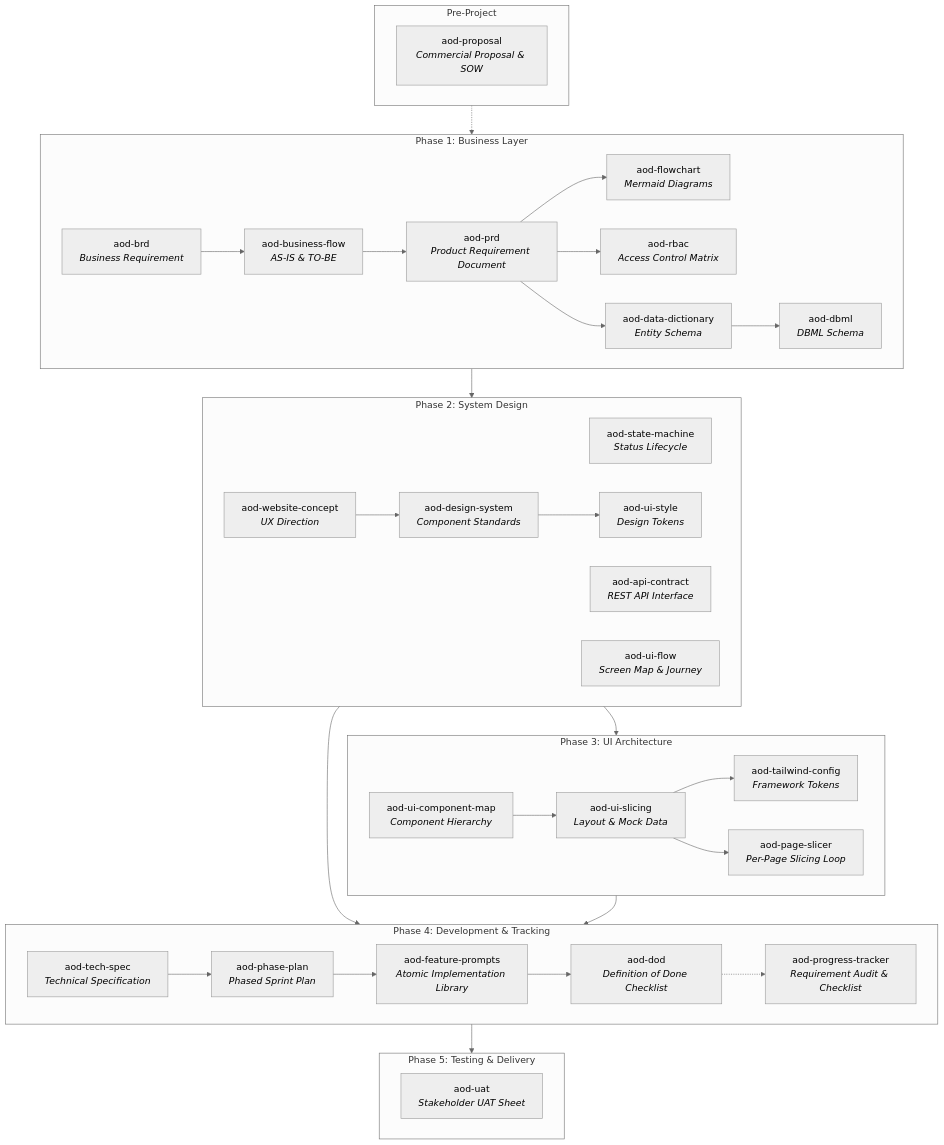
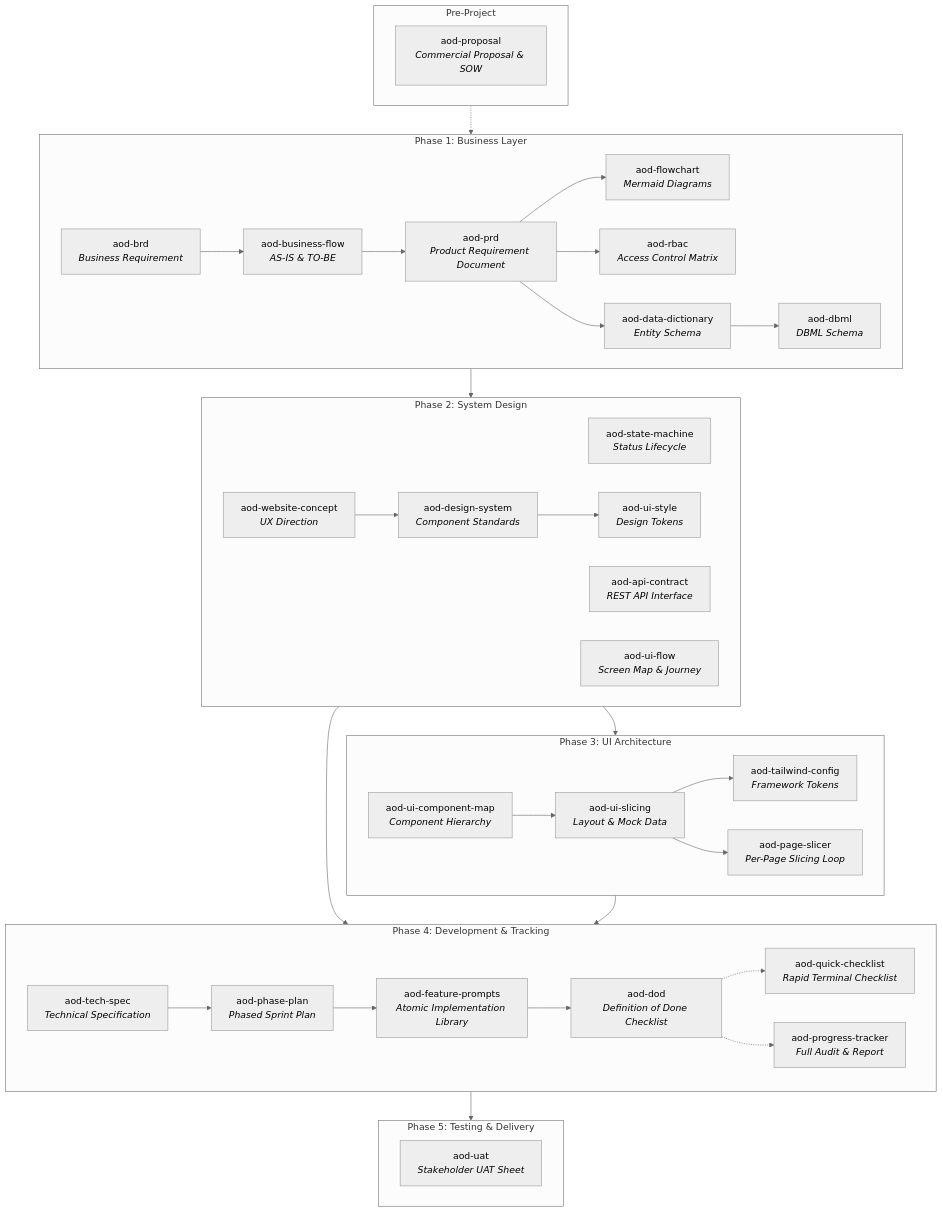
Before and after one commit to or-abdillh/AI-Orchestrated-Development-AOD: the diagram in README.md, drawn with Mermaid (neutral theme). The commit also changed other lines of this file, not shown here.

Commit message:
docs(readme): document aod-quick-checklist skill and terminal checklist usage

````diff
--- a/README.md
+++ b/README.md
@@ -86,47 +86,48 @@
 ```mermaid
 flowchart TD
     subgraph Pre["Pre-Project"]
         PR["aod-proposal<br><i>Commercial Proposal & SOW</i>"]
     end
 
     subgraph P1["Phase 1: Business Layer"]
         B1["aod-brd<br><i>Business Requirement</i>"] --> B2["aod-business-flow<br><i>AS-IS & TO-BE</i>"]
         B2 --> B3["aod-prd<br><i>Product Requirement Document</i>"]
         B3 --> B4["aod-flowchart<br><i>Mermaid Diagrams</i>"]
         B3 --> B5["aod-rbac<br><i>Access Control Matrix</i>"]
         B3 --> B6["aod-data-dictionary<br><i>Entity Schema</i>"]
         B6 --> B7["aod-dbml<br><i>DBML Schema</i>"]
     end
 
     subgraph P2["Phase 2: System Design"]
         S1["aod-state-machine<br><i>Status Lifecycle</i>"]
         S2["aod-api-contract<br><i>REST API Interface</i>"]
         S3["aod-ui-flow<br><i>Screen Map & Journey</i>"]
         S4["aod-website-concept<br><i>UX Direction</i>"] --> S5["aod-design-system<br><i>Component Standards</i>"]
         S5 --> S6["aod-ui-style<br><i>Design Tokens</i>"]
     end
 
     subgraph P3["Phase 3: UI Architecture"]
         U1["aod-ui-component-map<br><i>Component Hierarchy</i>"] --> U2["aod-ui-slicing<br><i>Layout & Mock Data</i>"]
         U2 --> U3["aod-tailwind-config<br><i>Framework Tokens</i>"]
         U2 --> U4["aod-page-slicer<br><i>Per-Page Slicing Loop</i>"]
     end
 
     subgraph P4["Phase 4: Development & Tracking"]
         D1["aod-tech-spec<br><i>Technical Specification</i>"] --> D2["aod-phase-plan<br><i>Phased Sprint Plan</i>"]
         D2 --> D3["aod-feature-prompts<br><i>Atomic Implementation Library</i>"]
         D3 --> D4["aod-dod<br><i>Definition of Done Checklist</i>"]
-        D4 -.-> D5["aod-progress-tracker<br><i>Requirement Audit & Checklist</i>"]
+        D4 -.-> D5["aod-quick-checklist<br><i>Rapid Terminal Checklist</i>"]
+        D4 -.-> D6["aod-progress-tracker<br><i>Full Audit & Report</i>"]
     end
 
     subgraph P5["Phase 5: Testing & Delivery"]
         T1["aod-uat<br><i>Stakeholder UAT Sheet</i>"]
     end
 
     Pre -.-> P1
     P1 --> P2
     P2 --> P3
     P2 --> P4
     P3 --> P4
     P4 --> P5
 ```
````
